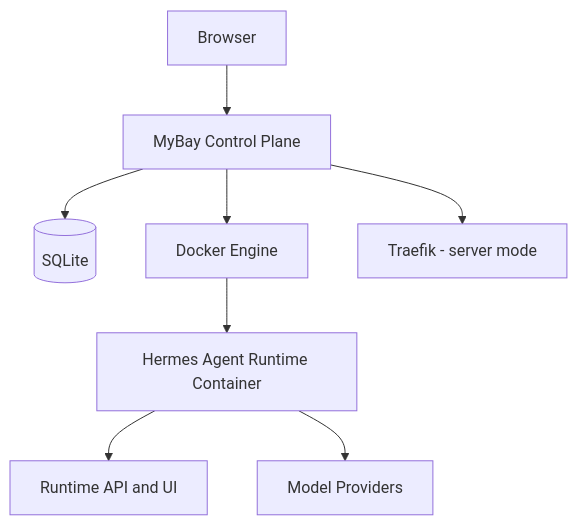
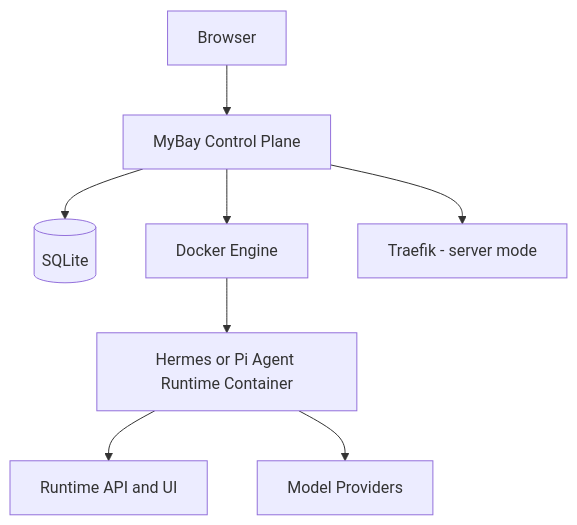
One commit to mybay-ai/mybay changed the diagram in README.md. Above: the diagram before and after it, drawn with Mermaid. The commit also changed other lines of this file and 237 other files, not shown here.

First line of the commit message:
feat: complete Pi Runtime, A2A, file workflows, and Agent UX (#31)

````diff
--- a/README.md
+++ b/README.md
@@ -269,10 +294,10 @@
 ```mermaid
 flowchart TD
   B[Browser] --> C[MyBay Control Plane]
   C --> S[(SQLite)]
   C --> D[Docker Engine]
   C --> T[Traefik - server mode]
-  D --> R[Hermes Agent Runtime Container]
+  D --> R[Hermes or Pi Agent Runtime Container]
   R --> A[Runtime API and UI]
   R --> M[Model Providers]
 ```
````
